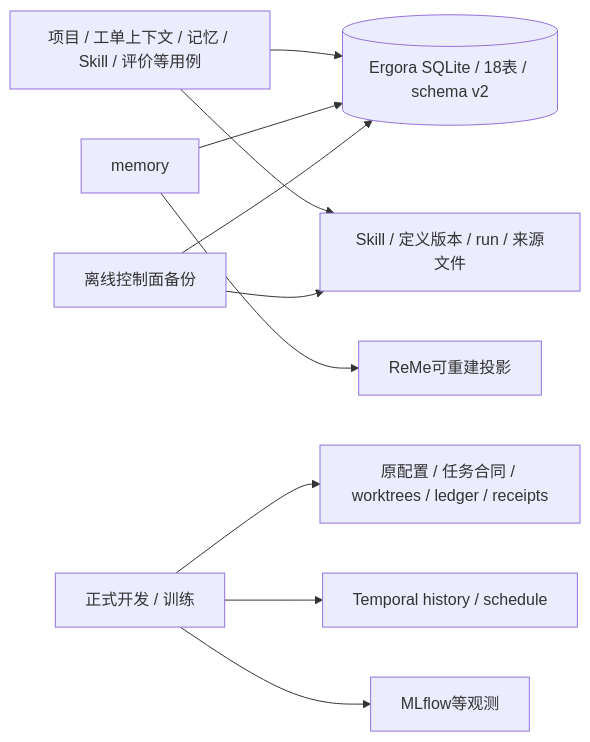
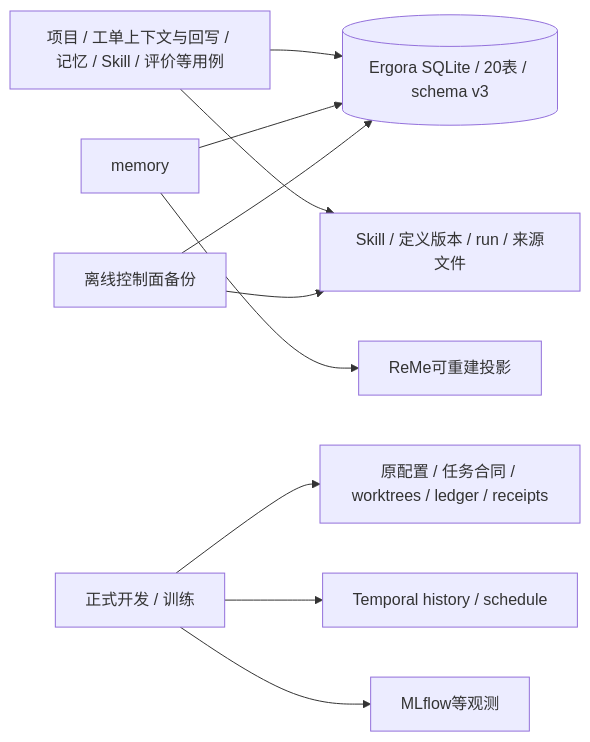
Before and after one commit to 626619403/Ergora: the fifth of 5 diagrams in docs/architecture/current.md, drawn with Mermaid. The commit also changed other lines of this file and 27 other files, not shown here.

````diff
--- a/docs/architecture/current.md
+++ b/docs/architecture/current.md
@@ -199,12 +203,12 @@
 ```mermaid
 flowchart LR
-  Control[项目 / 工单上下文 / 记忆 / Skill / 评价等用例] --> DB[(Ergora SQLite / 18表 / schema v2)]
+  Control[项目 / 工单上下文与回写 / 记忆 / Skill / 评价等用例] --> DB[(Ergora SQLite / 20表 / schema v3)]
   Control --> Assets[Skill / 定义版本 / run / 来源文件]
   Memory[memory] --> DB
   Memory --> ReMe[ReMe可重建投影]
   Runtime[正式开发 / 训练] --> Native[原配置 / 任务合同 / worktrees / ledger / receipts]
   Runtime --> Temporal[Temporal history / schedule]
   Runtime --> Observe[MLflow等观测]
   Backup[离线控制面备份] --> DB
   Backup --> Assets
 ```
````
